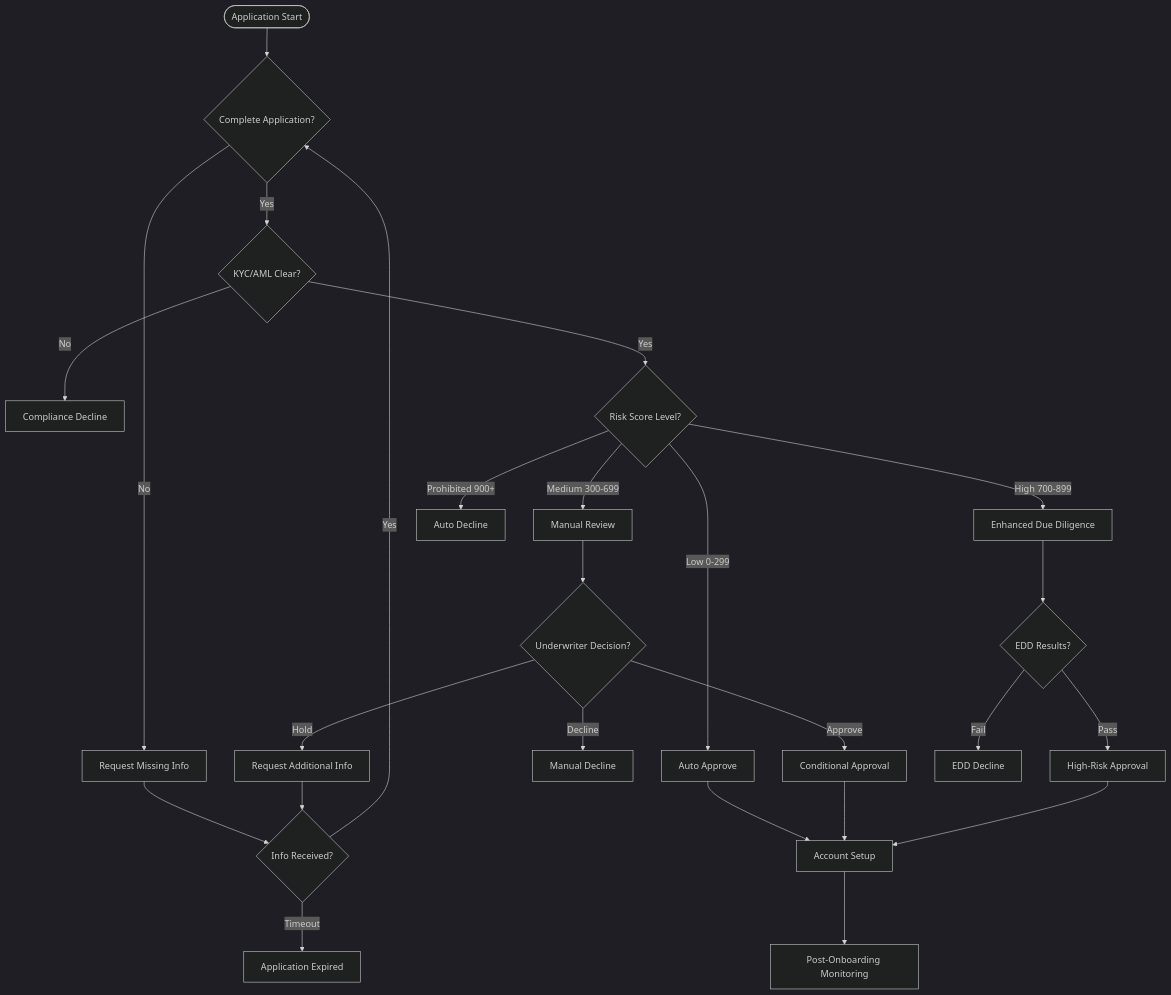
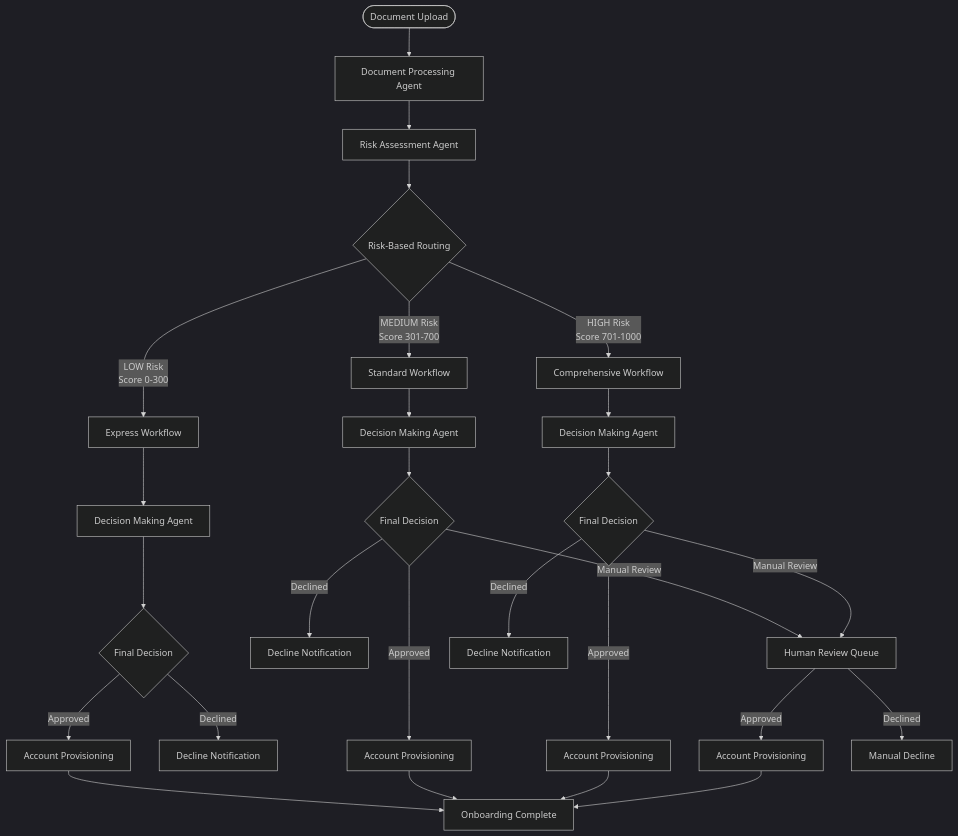
The third of 4 diagrams in merchant-onboarding/Complete_12_Phase_Flow_Diagram.md (rishi154/merchant-onboarding), drawn with Mermaid (dark theme) before and after one commit. The commit also changed other lines of this file and 20 other files, not shown here.

````diff
--- a/merchant-onboarding/Complete_12_Phase_Flow_Diagram.md
+++ b/merchant-onboarding/Complete_12_Phase_Flow_Diagram.md
@@ -282,33 +125,39 @@
 ```mermaid
 flowchart TD
-    START([Application Start]) --> CP1{Complete Application?}
-    CP1 -->|No| REQ1[Request Missing Info]
-    CP1 -->|Yes| CP2{KYC/AML Clear?}
+    START([Document Upload]) --> DOC[Document Processing Agent]
+    DOC --> RISK[Risk Assessment Agent]
+    RISK --> ROUTE{Risk-Based Routing}
     
-    CP2 -->|No| DECLINE1[Compliance Decline]
-    CP2 -->|Yes| CP3{Risk Score Level?}
+    ROUTE -->|LOW Risk<br/>Score 0-300| EXPRESS[Express Workflow]
+    ROUTE -->|MEDIUM Risk<br/>Score 301-700| STANDARD[Standard Workflow]
+    ROUTE -->|HIGH Risk<br/>Score 701-1000| COMPREHENSIVE[Comprehensive Workflow]
     
-    CP3 -->|Low 0-299| AUTO_APP[Auto Approve]
-    CP3 -->|Medium 300-699| MANUAL[Manual Review]
-    CP3 -->|High 700-899| EDD[Enhanced Due Diligence]
-    CP3 -->|Prohibited 900+| AUTO_DEC[Auto Decline]
+    EXPRESS --> DECISION1[Decision Making Agent]
+    STANDARD --> DECISION2[Decision Making Agent]
+    COMPREHENSIVE --> DECISION3[Decision Making Agent]
     
-    MANUAL --> CP4{Underwriter Decision?}
-    CP4 -->|Approve| COND_APP[Conditional Approval]
-    CP4 -->|Decline| DECLINE2[Manual Decline]
-    CP4 -->|Hold| REQ2[Request Additional Info]
+    DECISION1 --> RESULT1{Final Decision}
+    DECISION2 --> RESULT2{Final Decision}
+    DECISION3 --> RESULT3{Final Decision}
     
-    EDD --> CP5{EDD Results?}
-    CP5 -->|Pass| HIGH_RISK[High-Risk Approval]
-    CP5 -->|Fail| DECLINE3[EDD Decline]
+    RESULT1 -->|Approved| PROVISION1[Account Provisioning]
+    RESULT1 -->|Declined| NOTIFY1[Decline Notification]
     
-    AUTO_APP --> SETUP[Account Setup]
-    COND_APP --> SETUP
-    HIGH_RISK --> SETUP
-    SETUP --> MONITOR[Post-Onboarding Monitoring]
+    RESULT2 -->|Approved| PROVISION2[Account Provisioning]
+    RESULT2 -->|Declined| NOTIFY2[Decline Notification]
+    RESULT2 -->|Manual Review| REVIEW[Human Review Queue]
     
-    REQ1 --> CP6{Info Received?}
-    REQ2 --> CP6
-    CP6 -->|Yes| CP1
-    CP6 -->|Timeout| EXPIRE[Application Expired]
+    RESULT3 -->|Approved| PROVISION3[Account Provisioning]
+    RESULT3 -->|Declined| NOTIFY3[Decline Notification]
+    RESULT3 -->|Manual Review| REVIEW
+    
+    REVIEW -->|Approved| PROVISION_MANUAL[Account Provisioning]
+    REVIEW -->|Declined| NOTIFY_MANUAL[Manual Decline]
+    
+    PROVISION1 --> COMPLETE
+    PROVISION2 --> COMPLETE
+    PROVISION3 --> COMPLETE
+    PROVISION_MANUAL --> COMPLETE
+    
+    COMPLETE[Onboarding Complete]
 ```
````
